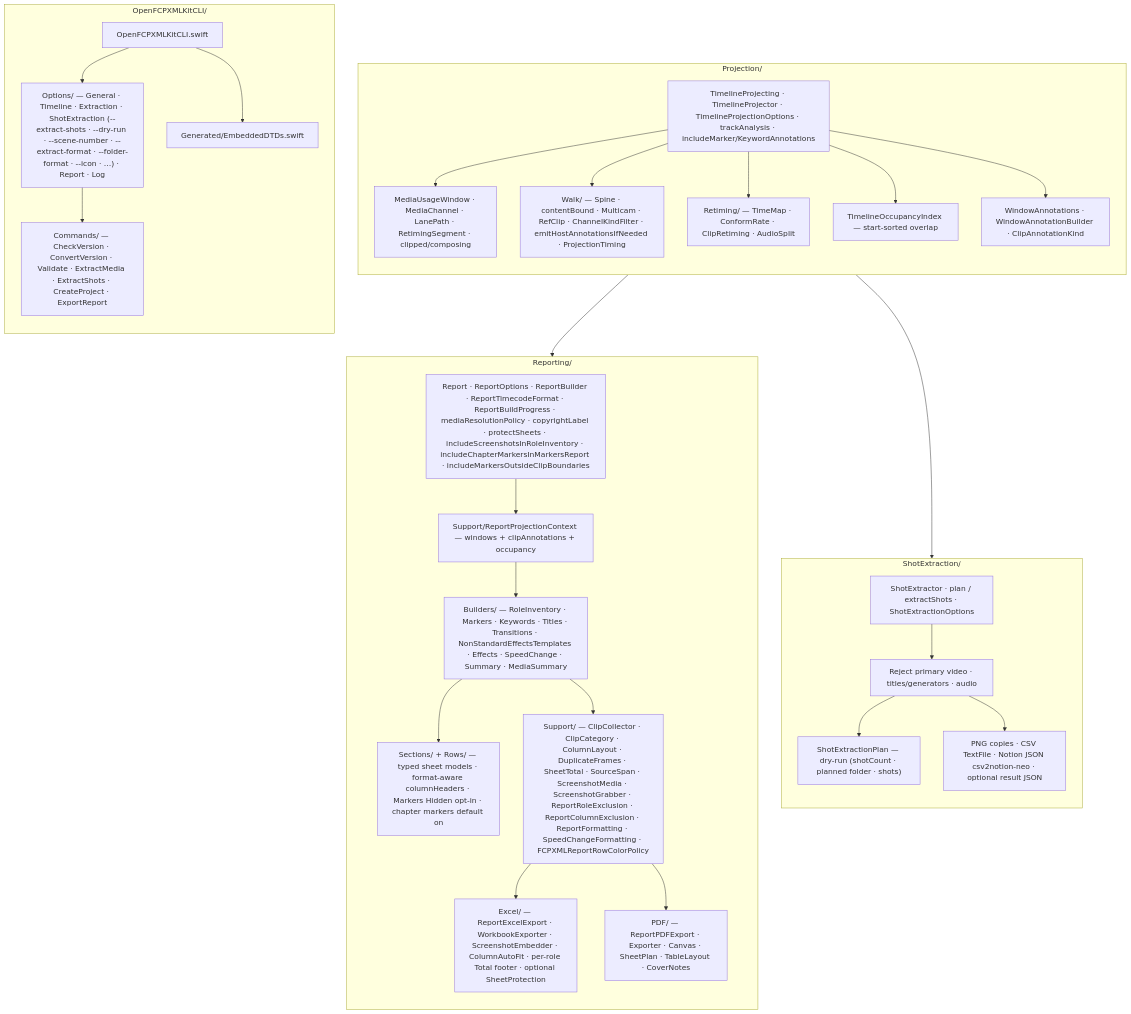
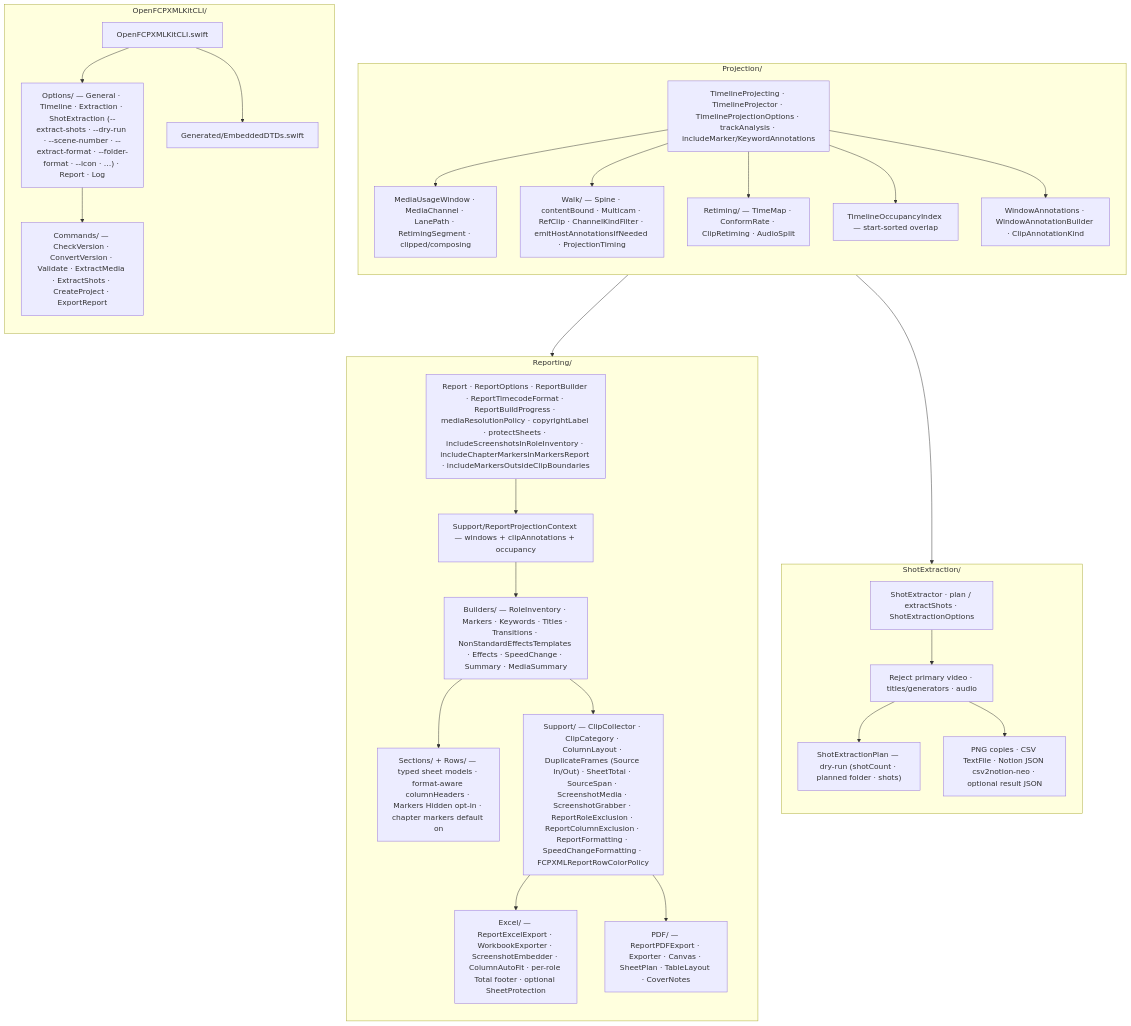
One commit to oofyuan/OpenFCPXMLKit changed the fifth of 6 diagrams in ARCHITECTURE.md. Above: the diagram before and after it, drawn with Mermaid. The commit also changed other lines of this file and 16 other files, not shown here.

Commit message:
Sync Duplicate Frames and Inspector unit docs.

````diff
--- a/ARCHITECTURE.md
+++ b/ARCHITECTURE.md
@@ -344,56 +344,56 @@
 ```mermaid
 flowchart TB
     subgraph PRJ_DETAIL["Projection/"]
         direction TB
         P_API["TimelineProjecting · TimelineProjector · TimelineProjectionOptions · trackAnalysis · includeMarker/KeywordAnnotations"]
         P_WIN["MediaUsageWindow · MediaChannel · LanePath · RetimingSegment · clipped/composing"]
         P_WALK["Walk/ — Spine · contentBound · Multicam · RefClip · ChannelKindFilter · emitHostAnnotationsIfNeeded · ProjectionTiming"]
         P_RET["Retiming/ — TimeMap · ConformRate · ClipRetiming · AudioSplit"]
         P_OCC["TimelineOccupancyIndex — start-sorted overlap"]
         P_ANN["WindowAnnotations · WindowAnnotationBuilder · ClipAnnotationKind"]
         P_API --> P_WIN
         P_API --> P_WALK
         P_API --> P_RET
         P_API --> P_OCC
         P_API --> P_ANN
     end
 
     subgraph REP_DETAIL["Reporting/"]
         direction TB
         R_TOP["Report · ReportOptions · ReportBuilder · ReportTimecodeFormat · ReportBuildProgress · mediaResolutionPolicy · copyrightLabel · protectSheets · includeScreenshotsInRoleInventory · includeChapterMarkersInMarkersReport · includeMarkersOutsideClipBoundaries"]
         R_CTX["Support/ReportProjectionContext — windows + clipAnnotations + occupancy"]
         R_BLD["Builders/ — RoleInventory · Markers · Keywords · Titles · Transitions · NonStandardEffectsTemplates · Effects · SpeedChange · Summary · MediaSummary"]
         R_SEC["Sections/ + Rows/ — typed sheet models · format-aware columnHeaders · Markers Hidden opt-in · chapter markers default on"]
-        R_SUP["Support/ — ClipCollector · ClipCategory · ColumnLayout · DuplicateFrames · SheetTotal · SourceSpan · ScreenshotMedia · ScreenshotGrabber · ReportRoleExclusion · ReportColumnExclusion · ReportFormatting · SpeedChangeFormatting · FCPXMLReportRowColorPolicy"]
+        R_SUP["Support/ — ClipCollector · ClipCategory · ColumnLayout · DuplicateFrames (Source In/Out) · SheetTotal · SourceSpan · ScreenshotMedia · ScreenshotGrabber · ReportRoleExclusion · ReportColumnExclusion · ReportFormatting · SpeedChangeFormatting · FCPXMLReportRowColorPolicy"]
         R_XLS["Excel/ — ReportExcelExport · WorkbookExporter · ScreenshotEmbedder · ColumnAutoFit · per-role Total footer · optional SheetProtection"]
         R_PDF["PDF/ — ReportPDFExport · Exporter · Canvas · SheetPlan · TableLayout · CoverNotes"]
         R_TOP --> R_CTX --> R_BLD --> R_SEC
         R_BLD --> R_SUP
         R_SUP --> R_XLS
         R_SUP --> R_PDF
     end
 
     PRJ_DETAIL --> REP_DETAIL
     PRJ_DETAIL --> SHOT_DETAIL
 
     subgraph SHOT_DETAIL["ShotExtraction/"]
         direction TB
         S_API["ShotExtractor · plan / extractShots · ShotExtractionOptions"]
         S_PLAN["ShotExtractionPlan — dry-run (shotCount · planned folder · shots)"]
         S_VAL["Reject primary video · titles/generators · audio"]
         S_OUT["PNG copies · CSV TextFile · Notion JSON csv2notion-neo · optional result JSON"]
         S_API --> S_VAL
         S_VAL --> S_PLAN
         S_VAL --> S_OUT
     end
 
     subgraph CLI_DETAIL["OpenFCPXMLKitCLI/"]
         direction TB
         C_ROOT["OpenFCPXMLKitCLI.swift"]
         C_OPT["Options/ — General · Timeline · Extraction · ShotExtraction (--extract-shots · --dry-run · --scene-number · --extract-format · --folder-format · --icon · …) · Report · Log"]
         C_CMD["Commands/ — CheckVersion · ConvertVersion · Validate · ExtractMedia · ExtractShots · CreateProject · ExportReport"]
         C_GEN["Generated/EmbeddedDTDs.swift"]
         C_ROOT --> C_OPT --> C_CMD
         C_ROOT --> C_GEN
     end
 ```
````
